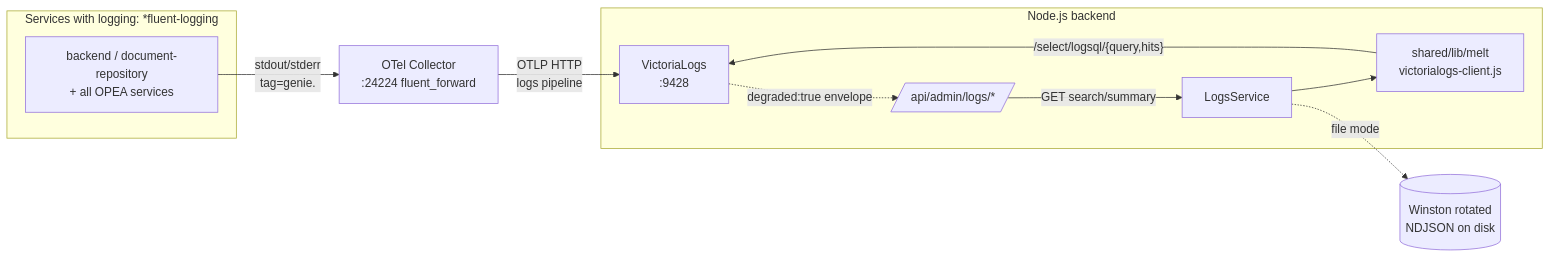
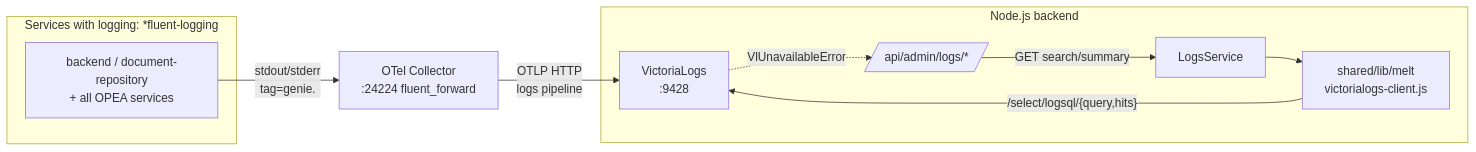
Before and after one commit to jrevillard/genie-ai-replica: the first of 2 diagrams in site/content/en/docs/operate/admin-logs.md, drawn with Mermaid. The commit also changed other lines of this file and 16 other files, not shown here.

````diff
--- a/site/content/en/docs/operate/admin-logs.md
+++ b/site/content/en/docs/operate/admin-logs.md
@@ -28,16 +28,15 @@
 ```mermaid
 flowchart LR
   subgraph services[Services with logging: *fluent-logging]
     S1[backend / document-repository<br/>+ all OPEA services]
   end
   S1 -- stdout/stderr<br/>tag=genie.<container_name> --> FC[OTel Collector<br/>:24224 fluent_forward]
   FC -- OTLP HTTP<br/>logs pipeline --> VL[VictoriaLogs<br/>:9428]
   subgraph backend[Node.js backend]
     API[/api/admin/logs/*/]
     LogsService --> MELT[shared/lib/melt<br/>victorialogs-client.js]
     MELT -- /select/logsql/{query,hits} --> VL
   end
   API -- GET search/summary --> LogsService
-  LogsService -. file mode .-> F[(Winston rotated<br/>NDJSON on disk)]
-  VL -. degraded:true envelope .-> API
+  VL -. VlUnavailableError .-> API
 ```
````
